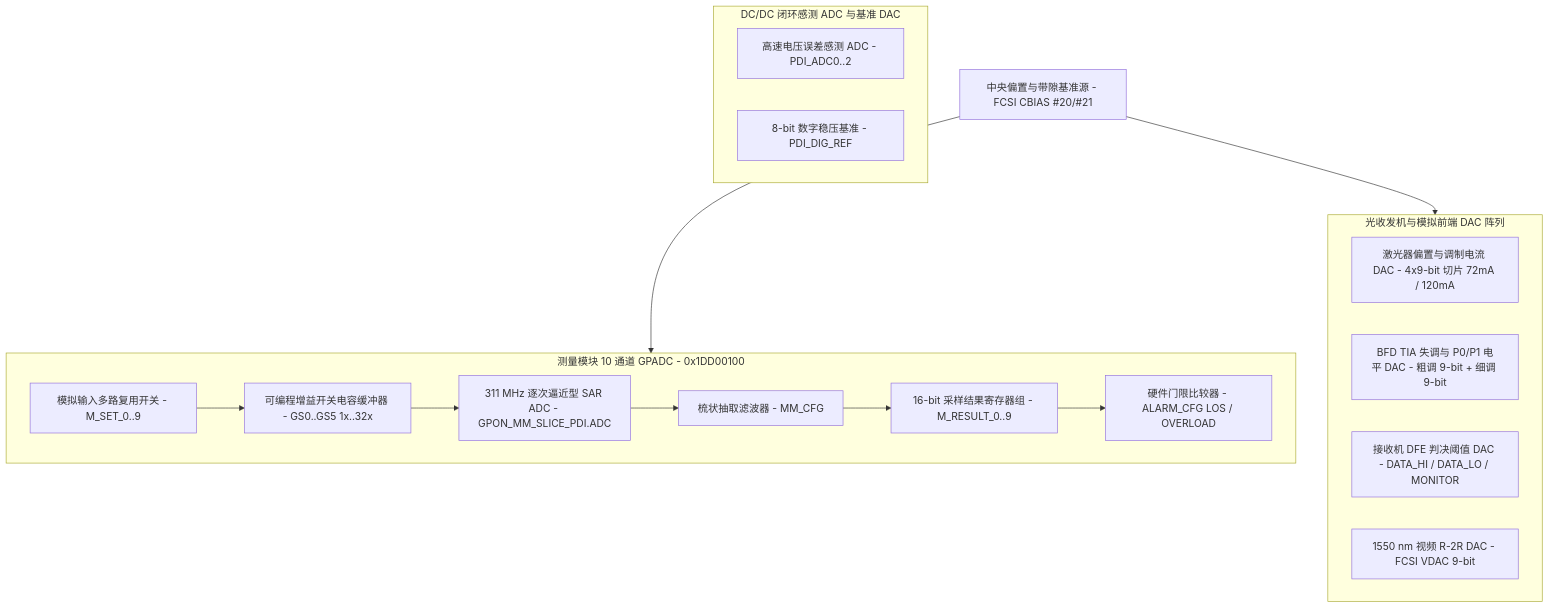
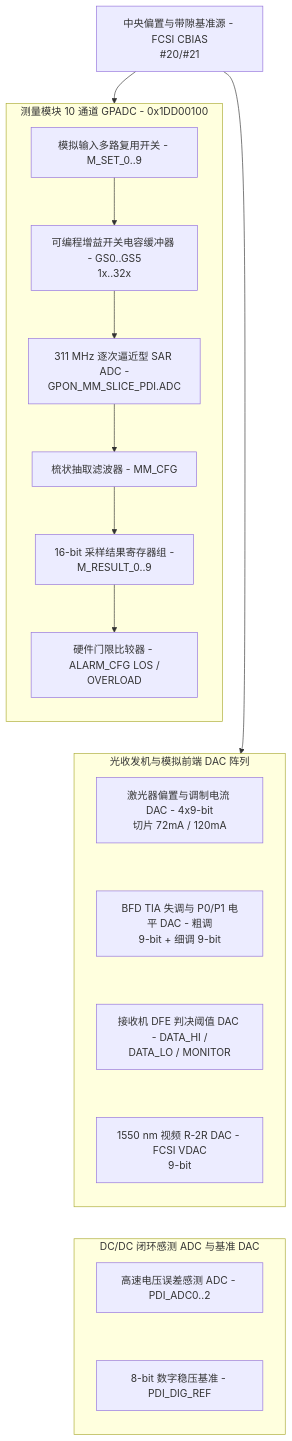
One commit to difanz/lantiq-falcon-s-docs changed the diagram in 04_peripherals_and_io/05_adc_and_dac.md. Above: the diagram before and after it, drawn with Mermaid. The commit also changed 33 other files, not shown here.

Commit message:
Improve diagram readability and adopt the Material theme

````diff
--- a/04_peripherals_and_io/05_adc_and_dac.md
+++ b/04_peripherals_and_io/05_adc_and_dac.md
@@ -5,25 +5,31 @@
 ```mermaid
 flowchart TD
     subgraph MM_BLOCK["测量模块 10 通道 GPADC - 0x1DD00100"]
-        MUX["模拟输入多路复用开关 - M_SET_0..9"] --> SC["可编程增益开关电容缓冲器 - GS0..GS5 1x..32x"]
-        SC --> SAR["311 MHz 逐次逼近型 SAR ADC - GPON_MM_SLICE_PDI.ADC"]
+        direction TB
+        MUX["模拟输入多路复用开关 - M_SET_0..9"] --> SC["可编程增益开关电容缓冲器 - GS0..GS5<br/>1x..32x"]
+        SC --> SAR["311 MHz 逐次逼近型 SAR ADC -<br/>GPON_MM_SLICE_PDI.ADC"]
         SAR --> COMB["梳状抽取滤波器 - MM_CFG"]
-        COMB --> RES["16-bit 采样结果寄存器组 - M_RESULT_0..9"]
-        RES --> ALM["硬件门限比较器 - ALARM_CFG LOS / OVERLOAD"]
+        COMB --> RES["16-bit 采样结果寄存器组 -<br/>M_RESULT_0..9"]
+        RES --> ALM["硬件门限比较器 - ALARM_CFG LOS /<br/>OVERLOAD"]
     end
 
     subgraph DAC_BLOCK["光收发机与模拟前端 DAC 阵列"]
-        LD_DAC["激光器偏置与调制电流 DAC - 4x9-bit 切片 72mA / 120mA"]
-        BFD_DAC["BFD TIA 失调与 P0/P1 电平 DAC - 粗调 9-bit + 细调 9-bit"]
-        RX_DAC["接收机 DFE 判决阈值 DAC - DATA_HI / DATA_LO / MONITOR"]
-        VDAC["1550 nm 视频 R-2R DAC - FCSI VDAC 9-bit"]
+        direction TB
+        LD_DAC["激光器偏置与调制电流 DAC - 4x9-bit<br/>切片 72mA / 120mA"]
+        BFD_DAC["BFD TIA 失调与 P0/P1 电平 DAC - 粗调<br/>9-bit + 细调 9-bit"]
+        RX_DAC["接收机 DFE 判决阈值 DAC - DATA_HI /<br/>DATA_LO / MONITOR"]
+        VDAC["1550 nm 视频 R-2R DAC - FCSI VDAC<br/>9-bit"]
     end
 
     subgraph DCDC_BLOCK["DC/DC 闭环感测 ADC 与基准 DAC"]
+        direction TB
         DCDC_ADC["高速电压误差感测 ADC - PDI_ADC0..2"]
         DCDC_REF["8-bit 数字稳压基准 - PDI_DIG_REF"]
     end
 
-    CBIAS["中央偏置与带隙基准源 - FCSI CBIAS #20/#21"] --> MM_BLOCK
+    LD_DAC ~~~ BFD_DAC ~~~ RX_DAC ~~~ VDAC
+    DCDC_ADC ~~~ DCDC_REF
+    MM_BLOCK ~~~ DAC_BLOCK ~~~ DCDC_BLOCK
+    CBIAS["中央偏置与带隙基准源 - FCSI CBIAS<br/>#20/#21"] --> MM_BLOCK
     CBIAS --> DAC_BLOCK
 ```
````
